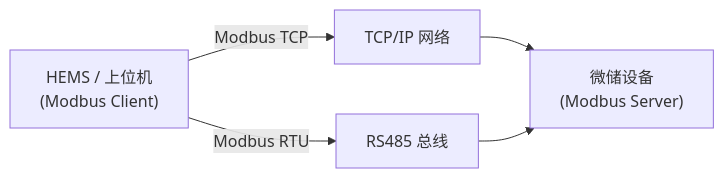
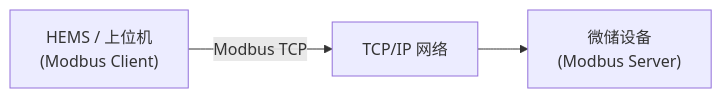
The first of 2 diagrams in i18n/zh/docusaurus-plugin-content-docs/current/hardware/open-data/modbus.md (xiaozhouhhh/indevolt-doc), drawn with Mermaid before and after one commit. The commit also changed other lines of this file and 7 other files, not shown here.

````diff
--- a/i18n/zh/docusaurus-plugin-content-docs/current/hardware/open-data/modbus.md
+++ b/i18n/zh/docusaurus-plugin-content-docs/current/hardware/open-data/modbus.md
@@ -29,10 +33,8 @@
 ```mermaid
 flowchart LR
     A["HEMS / 上位机<br/>(Modbus Client)"]
 
     A -->|Modbus TCP| B["TCP/IP 网络"]
     B --> C["微储设备<br/>(Modbus Server)"]
 
-    A -->|Modbus RTU| D["RS485 总线"]
-    D --> C
 ```
````
